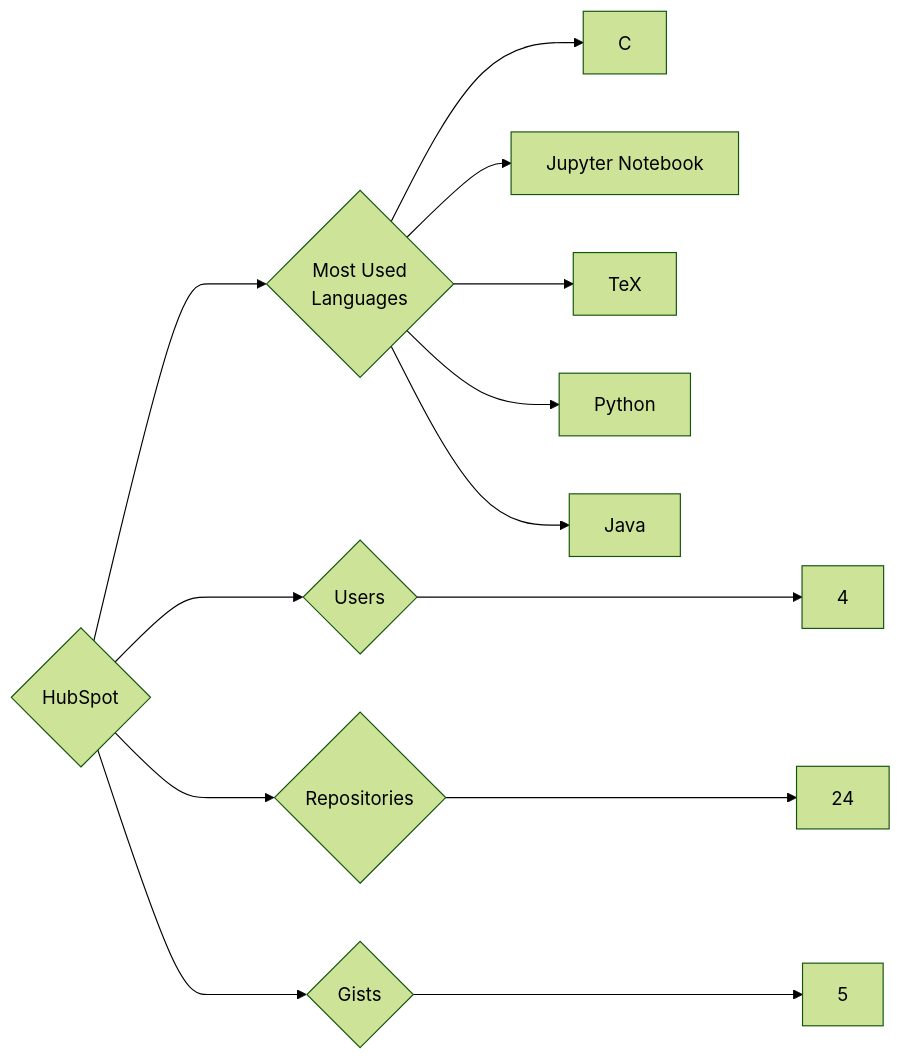
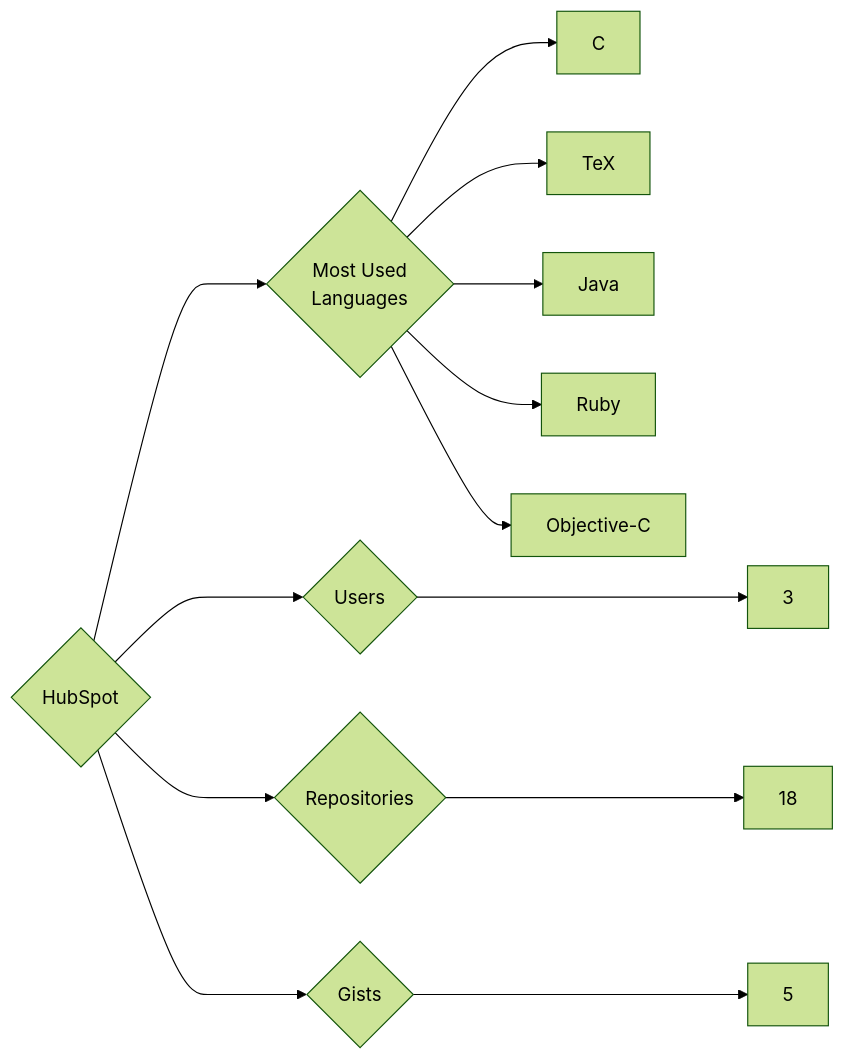
Before and after one commit to trickest/insiders: the diagram in targets/HubSpot/README.md, drawn with Mermaid (forest theme). The commit also changed 1036 other files, not shown here.

````diff
--- a/targets/HubSpot/README.md
+++ b/targets/HubSpot/README.md
@@ -3,13 +3,13 @@
 ```mermaid
 graph LR
 COMPANY_NAME{HubSpot}
-COMPANY_NAME ---> U{Users} ---> UN[4]
-COMPANY_NAME ---> R{Repositories} ---> RN[24]
+COMPANY_NAME ---> U{Users} ---> UN[3]
+COMPANY_NAME ---> R{Repositories} ---> RN[18]
 COMPANY_NAME ---> G{Gists} ---> GN[5]
 COMPANY_NAME ---> ML{Most Used<br>Languages}
 ML --> C[C]
-ML --> Jupyter_Notebook[Jupyter Notebook]
 ML --> TeX[TeX]
-ML --> Python[Python]
 ML --> Java[Java]
+ML --> Ruby[Ruby]
+ML --> Objective-C[Objective-C]
 ```
````
